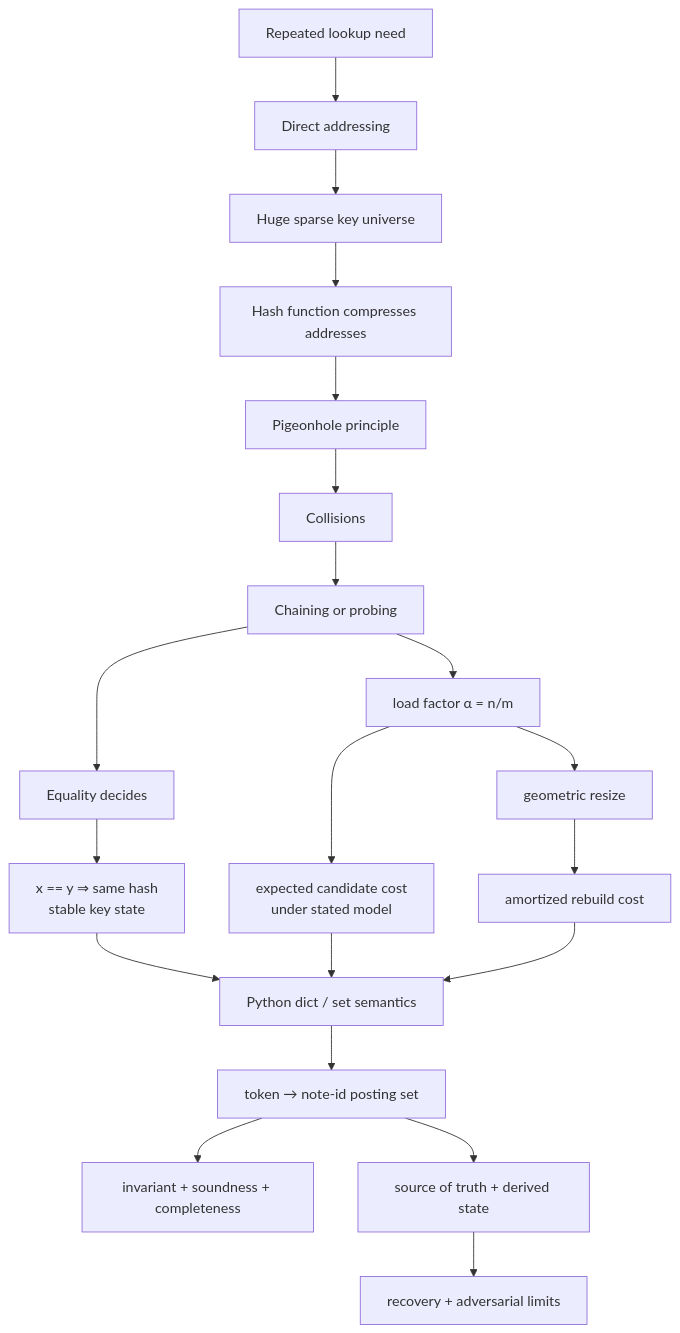
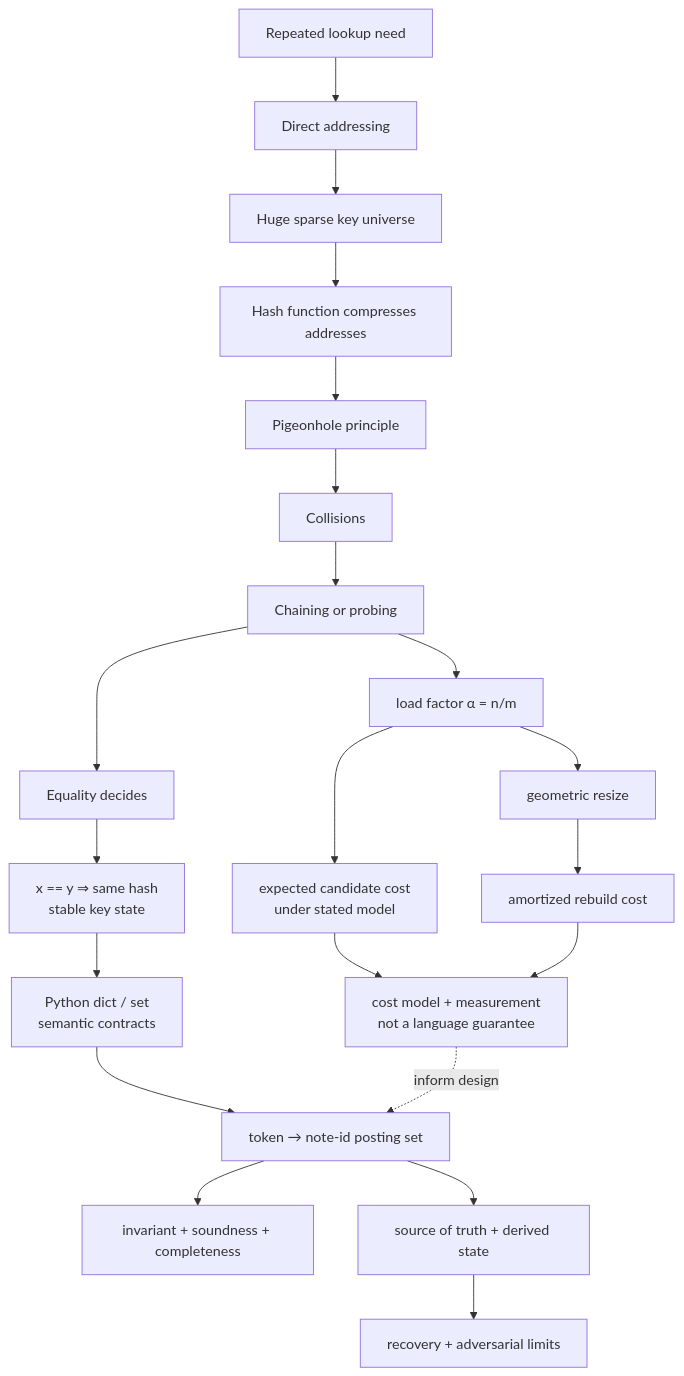
Before and after one commit to michaeliu3/atlas-academy-python-cs: the ninth of 9 diagrams in content/modules/08_hashing_dictionaries_sets_indexing.md, drawn with Mermaid. The commit also changed other lines of this file and 8 other files, not shown here.

````diff
--- a/content/modules/08_hashing_dictionaries_sets_indexing.md
+++ b/content/modules/08_hashing_dictionaries_sets_indexing.md
@@ -1788,22 +1825,26 @@
 ```mermaid
+%% atlas-diagram-id: m08-hashing-concept-map
+%% atlas-diagram-title: Sparse lookup, collisions, costs, and indexing form one system
+%% atlas-diagram-alt: A repeated lookup need leads from direct addressing through sparse keys, hash compression, pigeonhole collisions, resolution, equality and key contracts, load-factor costs, Python collection semantics, an inverted index, and proofs and recovery limits. Expected and amortized cost models inform design and measurement without becoming language guarantees.
 flowchart TD
     LOOK["Repeated lookup need"] --> DA["Direct addressing"]
     DA --> SPARSE["Huge sparse key universe"]
     SPARSE --> HF["Hash function compresses addresses"]
     HF --> PH["Pigeonhole principle"]
     PH --> COL["Collisions"]
     COL --> RES["Chaining or probing"]
     RES --> EQ["Equality decides"]
     EQ --> CONTRACT["x == y ⇒ same hash<br/>stable key state"]
     RES --> LF["load factor α = n/m"]
     LF --> EXP["expected candidate cost<br/>under stated model"]
     LF --> GROW["geometric resize"]
     GROW --> AM["amortized rebuild cost"]
-    CONTRACT --> DS["Python dict / set semantics"]
-    EXP --> DS
-    AM --> DS
+    CONTRACT --> DS["Python dict / set<br/>semantic contracts"]
+    EXP --> PERF["cost model + measurement<br/>not a language guarantee"]
+    AM --> PERF
     DS --> INV["token → note-id posting set"]
+    PERF -. "inform design" .-> INV
     INV --> PROOF["invariant + soundness + completeness"]
     INV --> ARCH["source of truth + derived state"]
     ARCH --> SEC["recovery + adversarial limits"]
 ```
````
